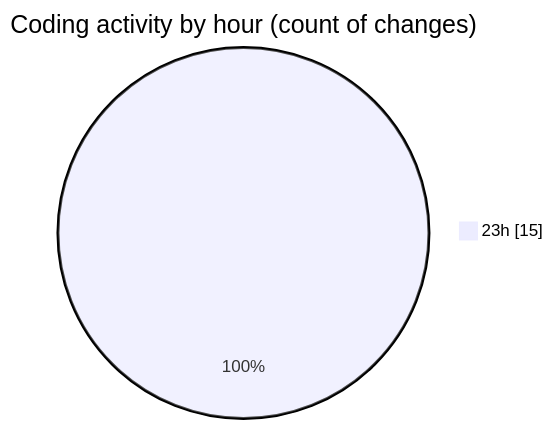
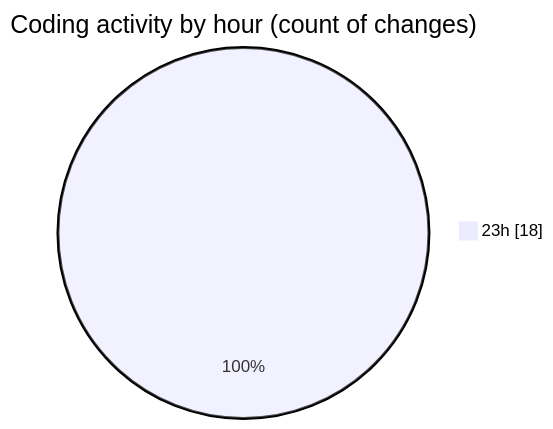
The second of 2 diagrams in 2025-03-18/jmasm/README.md (charlie-sans/code-tracking), drawn with Mermaid before and after one commit. The commit also changed other lines of this file and 1 other file, not shown here.

````diff
--- a/2025-03-18/jmasm/README.md
+++ b/2025-03-18/jmasm/README.md
@@ -34,5 +35,5 @@
 ```mermaid
 pie showData
 title Coding activity by hour (count of changes)
-"23h" : 15
+"23h" : 18
 ```
````
